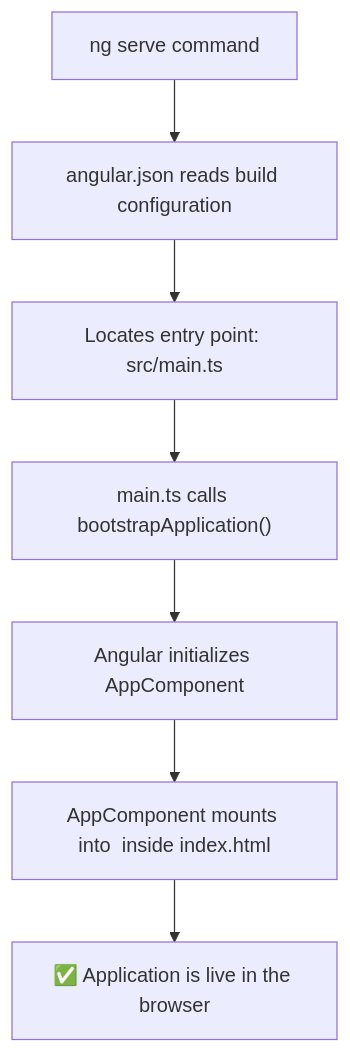
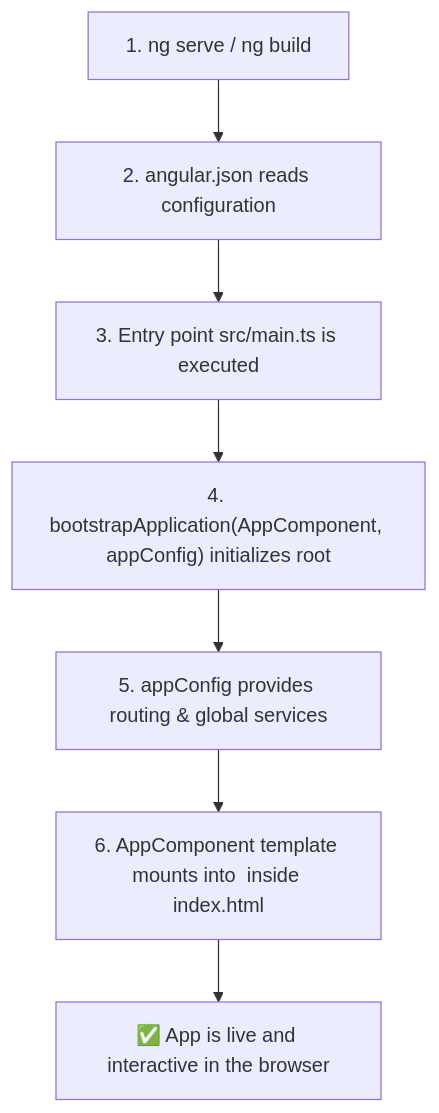
One commit to AbanoubPhelopos/Angular_Tutorials changed the fourth of 4 diagrams in 01_introduction_and_boot_flow.md. Above: the diagram before and after it, drawn with Mermaid. The commit also changed other lines of this file and 2 other files, not shown here.

Commit message:
feat: update Angular decorators and data binding documentation with modern signals and code examples

````diff
--- a/01_introduction_and_boot_flow.md
+++ b/01_introduction_and_boot_flow.md
@@ -159,9 +246,9 @@
 ```mermaid
 flowchart TD
-    A["ng serve command"] --> B["angular.json reads build configuration"]
-    B --> C["Locates entry point: src/main.ts"]
-    C --> D["main.ts calls bootstrapApplication()"]
-    D --> E["Angular initializes AppComponent"]
-    E --> F["AppComponent mounts into <app-root> inside index.html"]
-    F --> G["✅ Application is live in the browser"]
+    A["1. ng serve / ng build"] --> B["2. angular.json reads configuration"]
+    B --> C["3. Entry point src/main.ts is executed"]
+    C --> D["4. bootstrapApplication(AppComponent, appConfig) initializes root"]
+    D --> E["5. appConfig provides routing & global services"]
+    E --> F["6. AppComponent template mounts into <app-root> inside index.html"]
+    F --> G["✅ App is live and interactive in the browser"]
 ```
````
